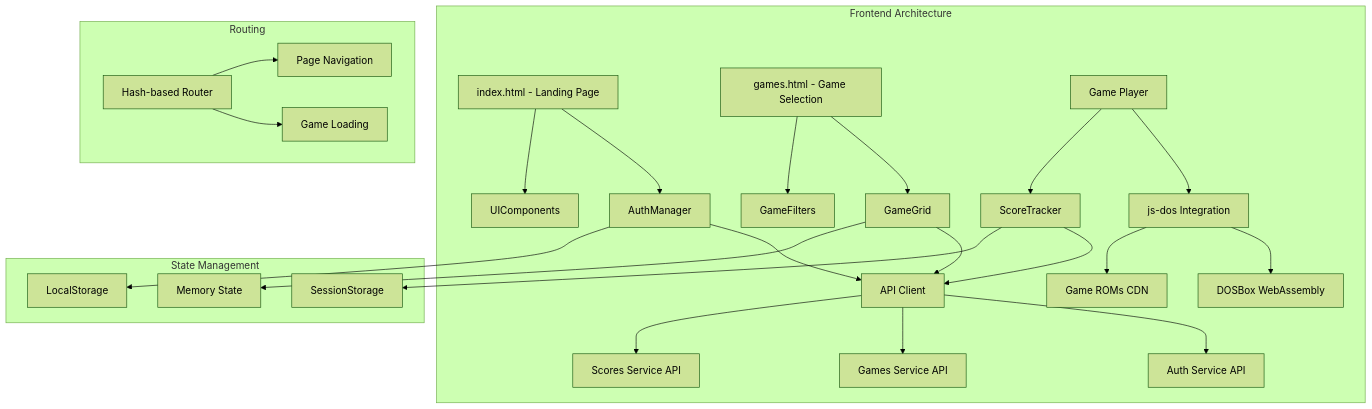
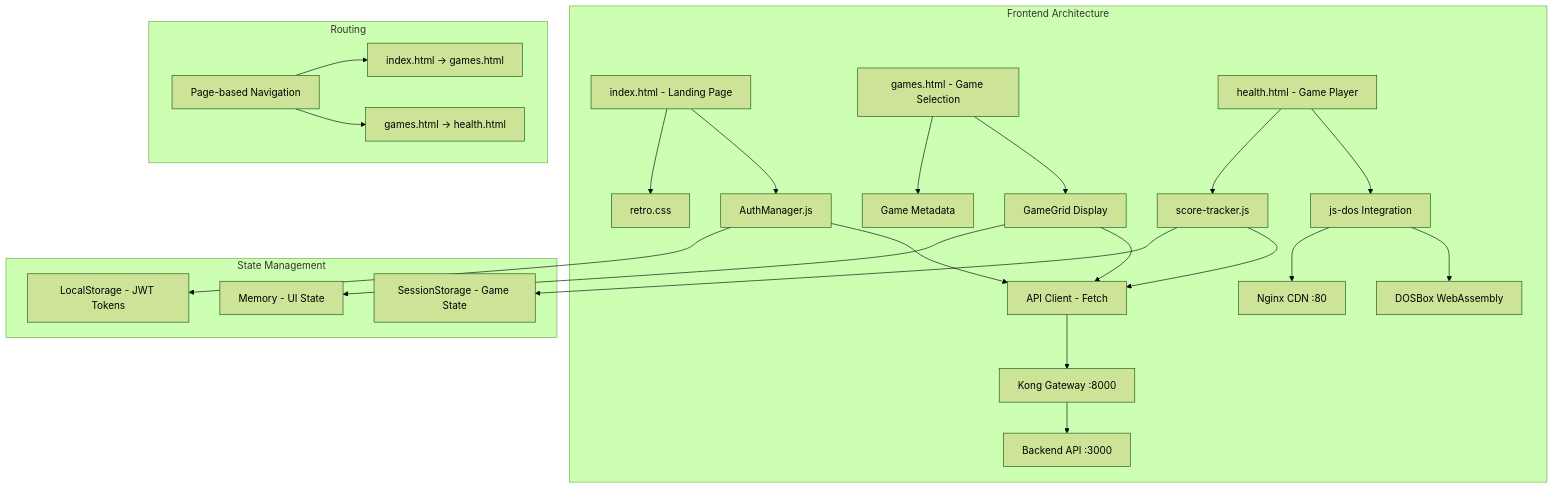
The first of 4 diagrams in frontend/overview.mdx (retrogamecloud/docs), drawn with Mermaid (forest theme) before and after one commit. The commit also changed other lines of this file and 129 other files, not shown here.

````diff
--- a/frontend/overview.mdx
+++ b/frontend/overview.mdx
@@ -53,44 +53,42 @@
 ```mermaid
 graph TB
     subgraph "Frontend Architecture"
-        A[index.html - Landing Page] --> B[AuthManager]
-        A --> C[UIComponents]
+        A[index.html - Landing Page] --> B[AuthManager.js]
+        A --> C[retro.css]
 
-        D[games.html - Game Selection] --> E[GameGrid]
-        D --> F[GameFilters]
+        D[games.html - Game Selection] --> E[GameGrid Display]
+        D --> F[Game Metadata]
 
-        G[Game Player] --> H[js-dos Integration]
-        G --> I[ScoreTracker]
+        G[health.html - Game Player] --> H[js-dos Integration]
+        G --> I[score-tracker.js]
 
-        B --> J[API Client]
+        B --> J[API Client - Fetch]
         I --> J
         E --> J
 
-        J --> K[Auth Service API]
-        J --> L[Games Service API]
-        J --> M[Scores Service API]
+        J --> K[Kong Gateway :8000]
+        K --> L[Backend API :3000]
 
         H --> N[DOSBox WebAssembly]
-        H --> O[Game ROMs CDN]
+        H --> O[Nginx CDN :80]
     end
 
     subgraph "State Management"
-        P[LocalStorage]
-        Q[SessionStorage]
-        R[Memory State]
+        P[LocalStorage - JWT Tokens]
+        Q[SessionStorage - Game State]
+        R[Memory - UI State]
 
         B --> P
         I --> Q
         E --> R
     end
 
     subgraph "Routing"
-        S[Hash-based Router]
-        T[Page Navigation]
-        U[Game Loading]
+        S[Page-based Navigation]
+        T[index.html → games.html]
+        U[games.html → health.html]
 
         S --> T
         S --> U
     end
-
 ```
````
